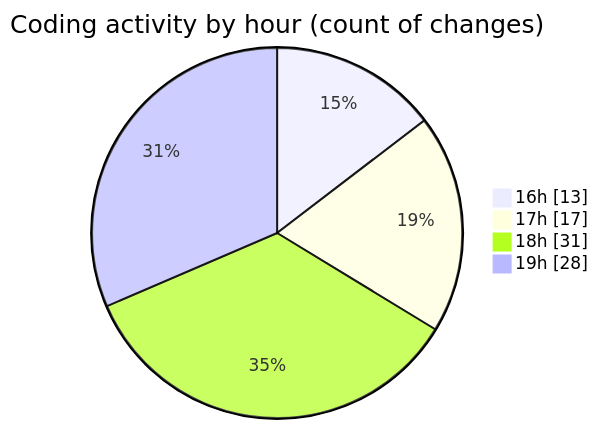
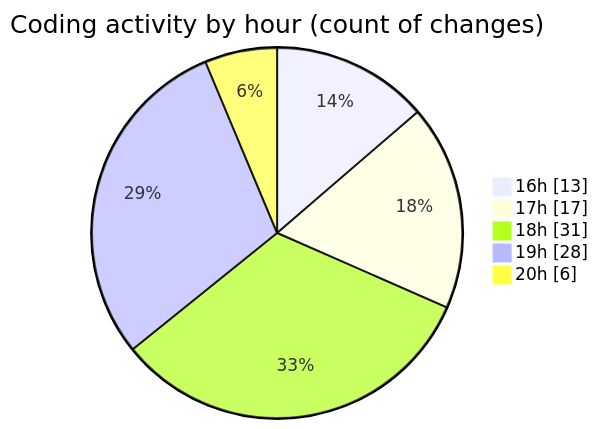
The second of 2 diagrams in 2025-05-28/studio-backend/README.md (idhammustaqopulfikri/code-tracking), drawn with Mermaid before and after one commit. The commit also changed other lines of this file and 1 other file, not shown here.

````diff
--- a/2025-05-28/studio-backend/README.md
+++ b/2025-05-28/studio-backend/README.md
@@ -51,8 +52,9 @@
 ```mermaid
 pie showData
 title Coding activity by hour (count of changes)
 "16h" : 13
 "17h" : 17
 "18h" : 31
 "19h" : 28
+"20h" : 6
 ```
````
